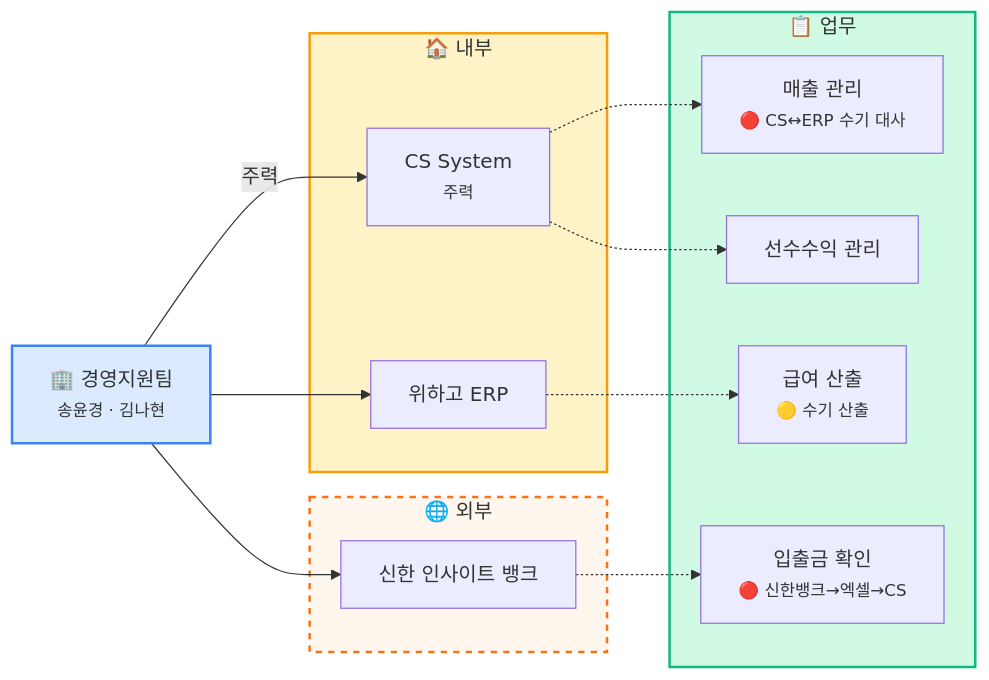
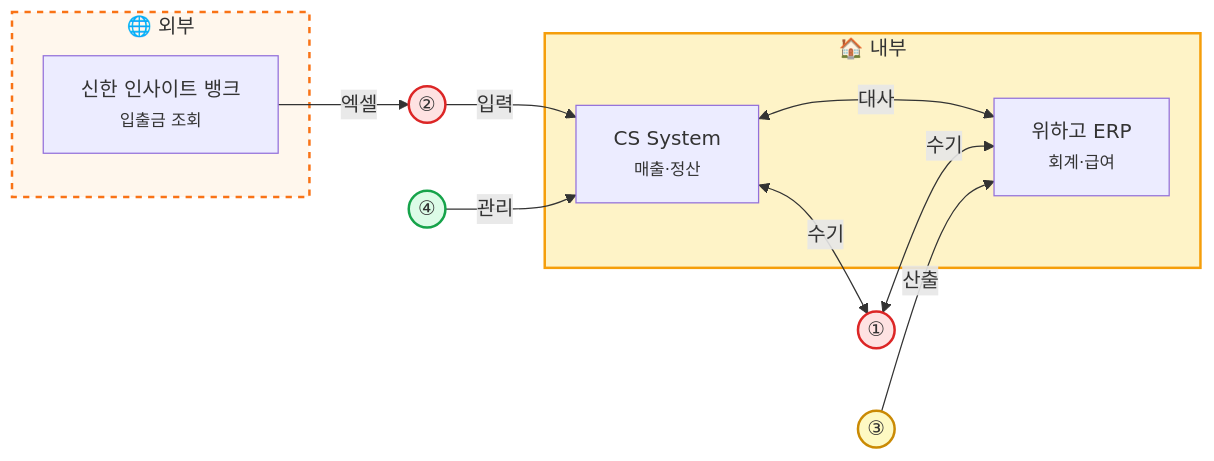
Before and after one commit to sknkwoxs/manual-book: the fourth of 8 diagrams in src/content/docs/goodthinking-isp/02-analysis/entity-map.md, drawn with Mermaid. The commit also changed other lines of this file and 60 other files, not shown here.

````diff
--- a/src/content/docs/goodthinking-isp/02-analysis/entity-map.md
+++ b/src/content/docs/goodthinking-isp/02-analysis/entity-map.md
@@ -194,32 +211,31 @@
 ```mermaid
 flowchart LR
-    MGMT["🏢 경영지원팀<br/><small>송윤경 · 김나현</small>"]
-
     subgraph SYS_INT["🏠 내부"]
-        CS["CS System<br/><small>주력</small>"]
-        ERP["위하고 ERP"]
+        CS["CS System<br/><small>매출·정산</small>"]
+        ERP["위하고 ERP<br/><small>회계·급여</small>"]
+        CS <-->|"대사"| ERP
     end
     subgraph SYS_EXT["🌐 외부"]
-        BANK["신한 인사이트 뱅크"]
+        BANK["신한 인사이트 뱅크<br/><small>입출금 조회</small>"]
     end
 
-    subgraph PROC["📋 업무"]
-        P1["매출 관리<br/><small>🔴 CS↔ERP 수기 대사</small>"]
-        P2["입출금 확인<br/><small>🔴 신한뱅크→엑셀→CS</small>"]
-        P3["급여 산출<br/><small>🟡 수기 산출</small>"]
-        P4["선수수익 관리"]
-    end
+    P1(("①"))
+    P2(("②"))
+    P3(("③"))
+    P4(("④"))
 
-    MGMT -->|"주력"| CS
-    MGMT --> ERP
-    MGMT --> BANK
-    CS -.-> P1
-    BANK -.-> P2
-    ERP -.-> P3
-    CS -.-> P4
+    %% 업무 → 시스템
+    CS <-->|"수기"| P1
+    P1 <-->|"수기"| ERP
+    BANK -->|"엑셀"| P2
+    P2 -->|"입력"| CS
+    P3 -->|"산출"| ERP
+    P4 -->|"관리"| CS
 
     style SYS_INT fill:#fef3c7,stroke:#f59e0b,stroke-width:2px
     style SYS_EXT fill:#fff7ed,stroke:#f97316,stroke-width:2px,stroke-dasharray: 5 5
-    style PROC fill:#d1fae5,stroke:#10b981,stroke-width:2px
-    style MGMT fill:#dbeafe,stroke:#3b82f6,stroke-width:2px
+    style P1 fill:#fee2e2,stroke:#dc2626,stroke-width:2px
+    style P2 fill:#fee2e2,stroke:#dc2626,stroke-width:2px
+    style P3 fill:#fef9c3,stroke:#ca8a04,stroke-width:2px
+    style P4 fill:#dcfce7,stroke:#16a34a,stroke-width:2px
 ```
````
